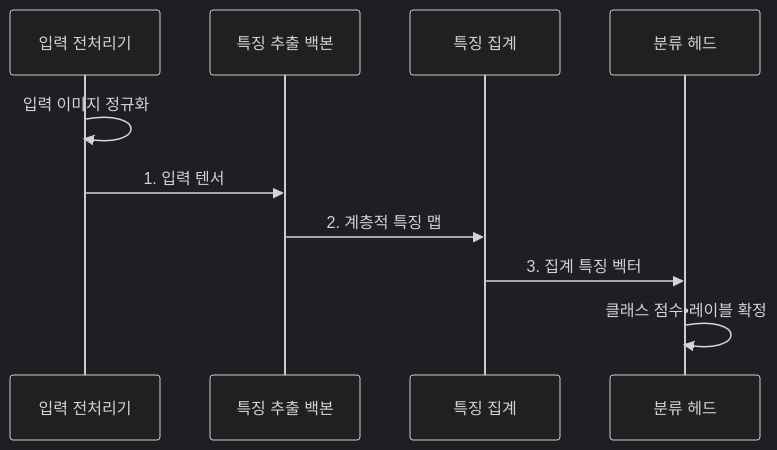
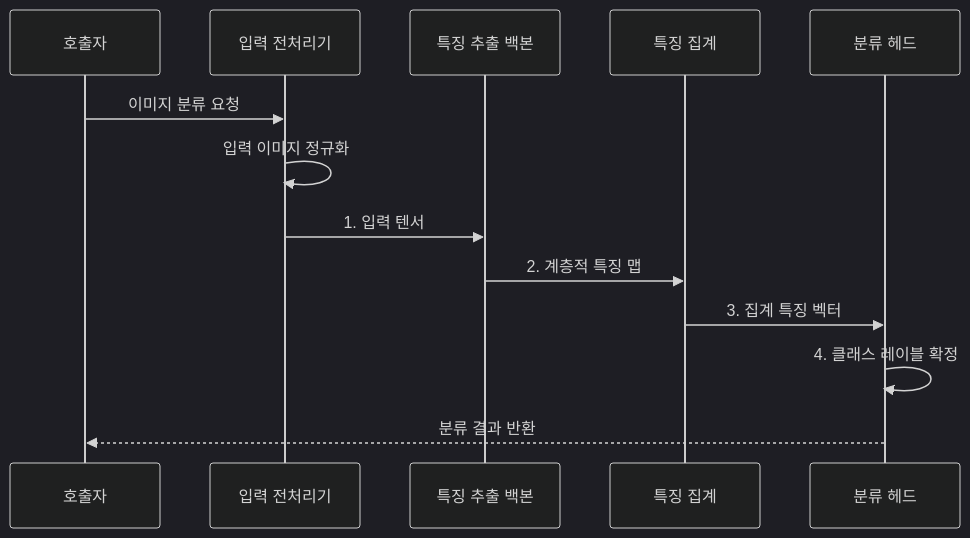
The second of 2 diagrams in src/content/docs/notes/01-basic-theory/056_image_classification.md (agnusdei1207/knowledge-base), drawn with Mermaid (dark theme) before and after one commit. The commit also changed other lines of this file and 8 other files, not shown here.

````diff
--- a/src/content/docs/notes/01-basic-theory/056_image_classification.md
+++ b/src/content/docs/notes/01-basic-theory/056_image_classification.md
@@ -104,12 +104,15 @@
 ```mermaid
 sequenceDiagram
+    participant Q as 호출자
     participant I as 입력 전처리기
     participant B as 특징 추출 백본
     participant G as 특징 집계
     participant H as 분류 헤드
+    Q->>I: 이미지 분류 요청
     I->>I: 입력 이미지 정규화
     I->>B: 1. 입력 텐서
     B->>G: 2. 계층적 특징 맵
     G->>H: 3. 집계 특징 벡터
-    H->>H: 클래스 점수•레이블 확정
+    H->>H: 4. 클래스 레이블 확정
+    H-->>Q: 분류 결과 반환
 ```
````
